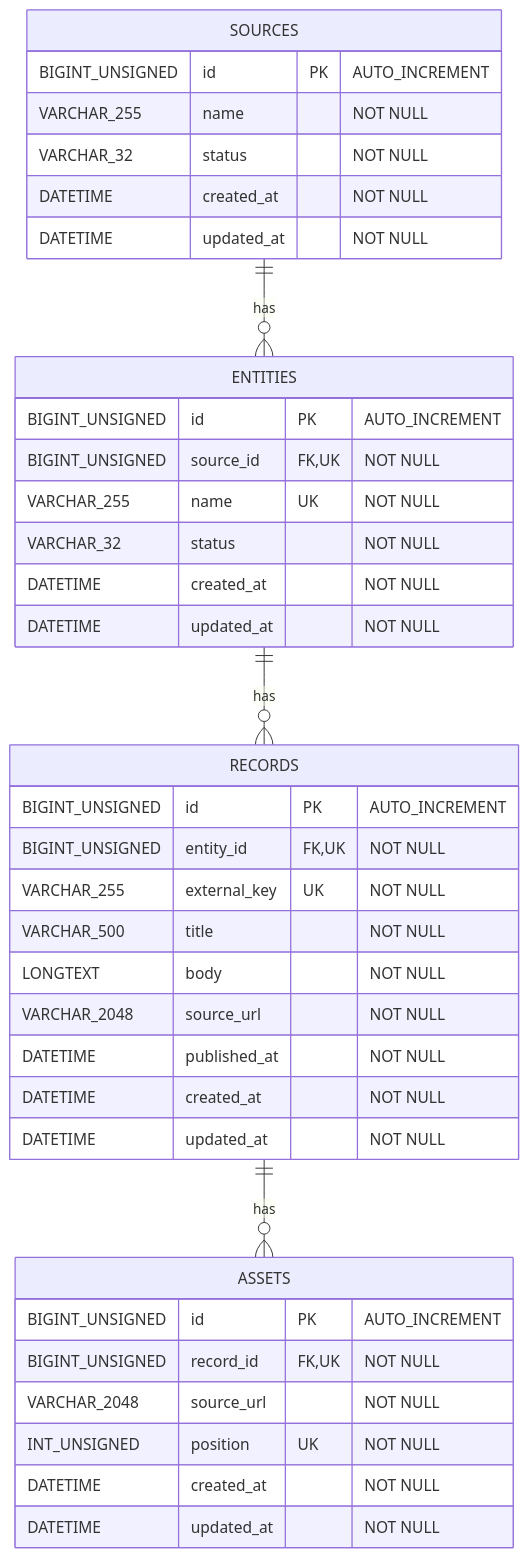
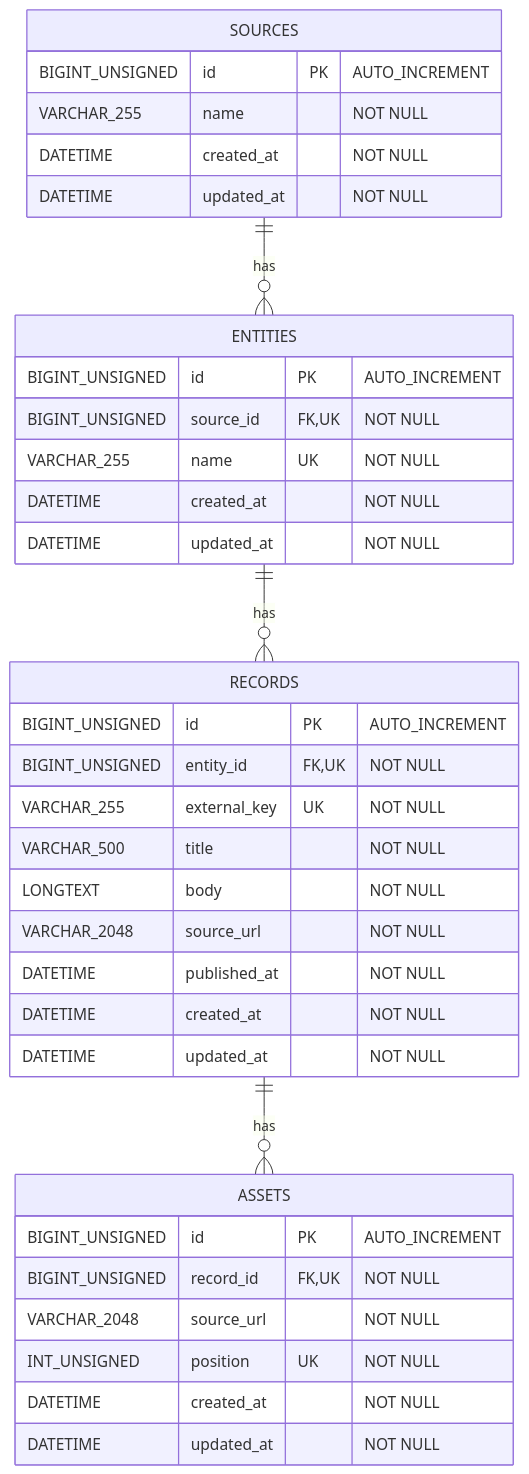
The diagram in docs/db/er-diagram.md (kishimin/slope-collector), drawn with Mermaid before and after one commit. The commit also changed other lines of this file, not shown here.

Commit message:
docs: remove unused status columns

````diff
--- a/docs/db/er-diagram.md
+++ b/docs/db/er-diagram.md
@@ -3,44 +3,42 @@
 ```mermaid
 erDiagram
     SOURCES ||--o{ ENTITIES : has
     ENTITIES ||--o{ RECORDS : has
     RECORDS ||--o{ ASSETS : has
 
     SOURCES {
         BIGINT_UNSIGNED id PK "AUTO_INCREMENT"
         VARCHAR_255 name "NOT NULL"
-        VARCHAR_32 status "NOT NULL"
         DATETIME created_at "NOT NULL"
         DATETIME updated_at "NOT NULL"
     }
 
     ENTITIES {
         BIGINT_UNSIGNED id PK "AUTO_INCREMENT"
         BIGINT_UNSIGNED source_id FK,UK "NOT NULL"
         VARCHAR_255 name UK "NOT NULL"
-        VARCHAR_32 status "NOT NULL"
         DATETIME created_at "NOT NULL"
         DATETIME updated_at "NOT NULL"
     }
 
     RECORDS {
         BIGINT_UNSIGNED id PK "AUTO_INCREMENT"
         BIGINT_UNSIGNED entity_id FK,UK "NOT NULL"
         VARCHAR_255 external_key UK "NOT NULL"
         VARCHAR_500 title "NOT NULL"
         LONGTEXT body "NOT NULL"
         VARCHAR_2048 source_url "NOT NULL"
         DATETIME published_at "NOT NULL"
         DATETIME created_at "NOT NULL"
         DATETIME updated_at "NOT NULL"
     }
 
     ASSETS {
         BIGINT_UNSIGNED id PK "AUTO_INCREMENT"
         BIGINT_UNSIGNED record_id FK,UK "NOT NULL"
         VARCHAR_2048 source_url "NOT NULL"
         INT_UNSIGNED position UK "NOT NULL"
         DATETIME created_at "NOT NULL"
         DATETIME updated_at "NOT NULL"
     }
 ```
````
